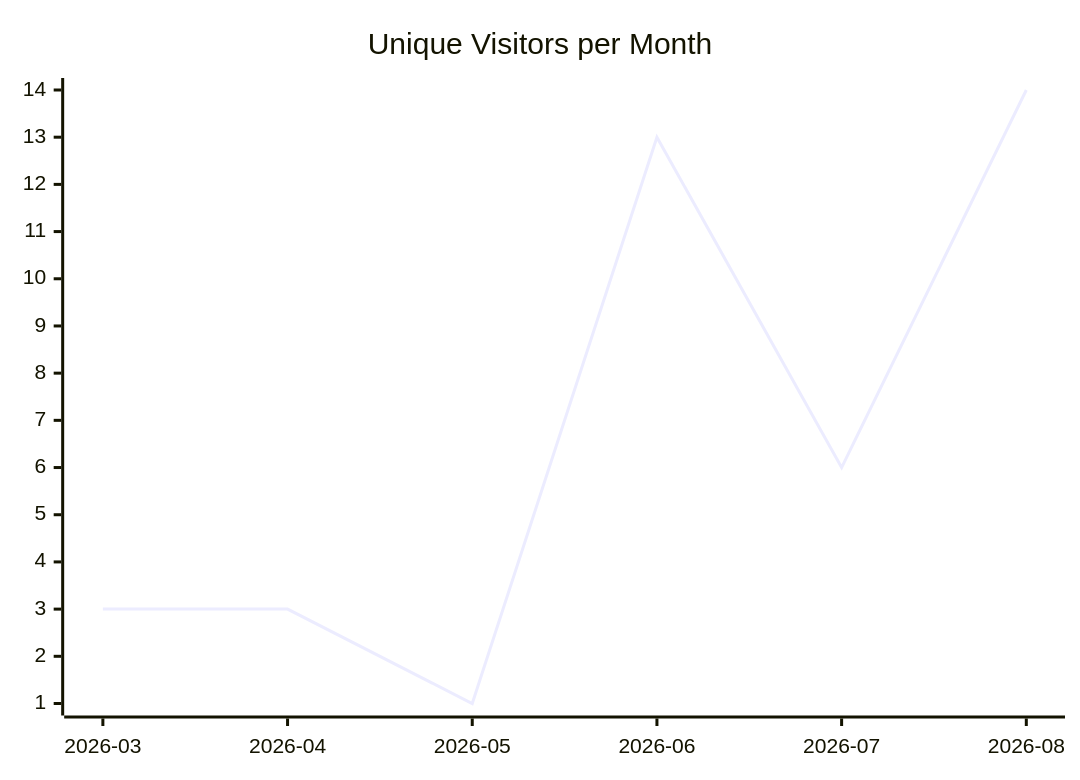
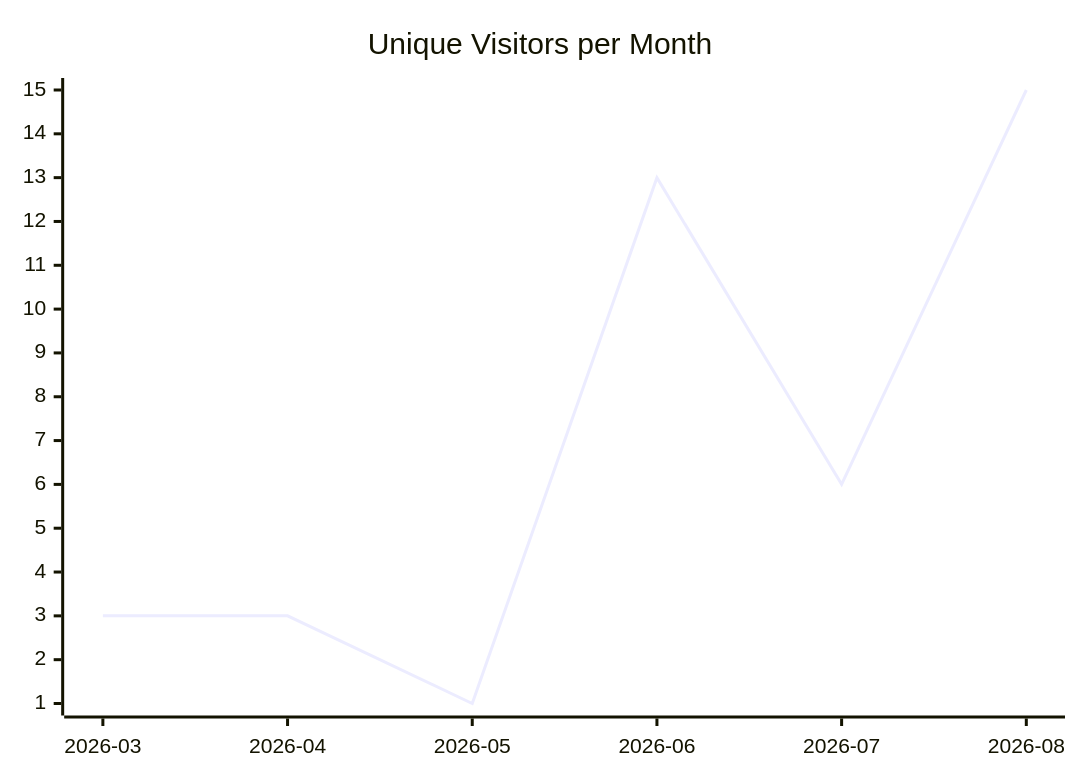
Before and after one commit to justdavis-family/github-analytics-data: the first of 3 diagrams in karlmdavis/rps-tourney/README.md, drawn with Mermaid. The commit also changed other lines of this file and 174 other files, not shown here.

````diff
--- a/karlmdavis/rps-tourney/README.md
+++ b/karlmdavis/rps-tourney/README.md
@@ -5,6 +5,6 @@
 ```mermaid
 xychart-beta
   title "Unique Visitors per Month"
   x-axis ["2026-03", "2026-04", "2026-05", "2026-06", "2026-07", "2026-08"]
-  line [3, 3, 1, 13, 6, 14]
+  line [3, 3, 1, 13, 6, 15]
 ```
````
